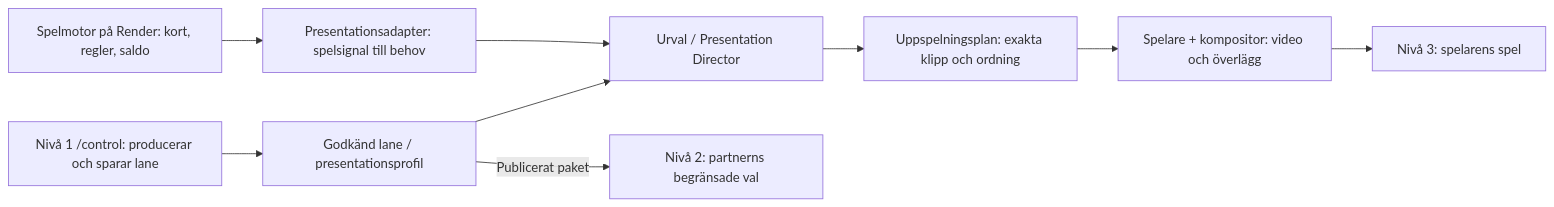
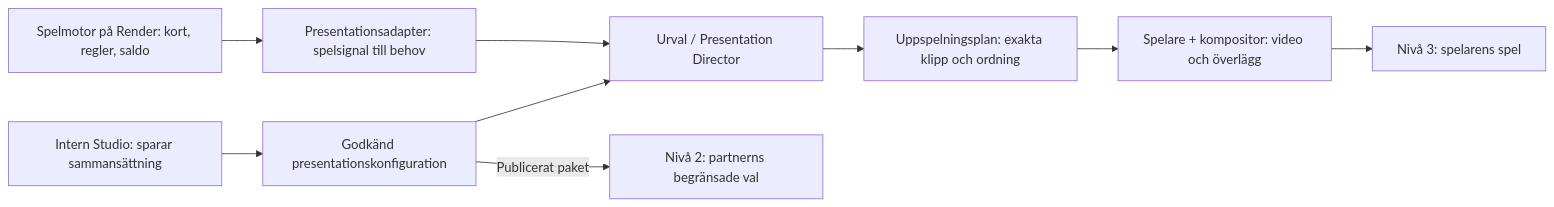
The second of 2 diagrams in docs/LOCAL-PRESENTATION-RUNTIME.md (Jakeminator123/scoutgaming), drawn with Mermaid before and after one commit. The commit also changed other lines of this file and 15 other files, not shown here.

````diff
--- a/docs/LOCAL-PRESENTATION-RUNTIME.md
+++ b/docs/LOCAL-PRESENTATION-RUNTIME.md
@@ -921,11 +928,11 @@
 ```mermaid
 flowchart LR
-  C["Nivå 1 /control: producerar och sparar lane"] --> L["Godkänd lane / presentationsprofil"]
+  C["Intern Studio: sparar sammansättning"] --> L["Godkänd presentationskonfiguration"]
   G["Spelmotor på Render: kort, regler, saldo"] --> A["Presentationsadapter: spelsignal till behov"]
   A --> D["Urval / Presentation Director"]
   L --> D
   D --> P["Uppspelningsplan: exakta klipp och ordning"]
   P --> V["Spelare + kompositor: video och överlägg"]
   V --> U["Nivå 3: spelarens spel"]
   L -->|"Publicerat paket"| O["Nivå 2: partnerns begränsade val"]
 ```
````
